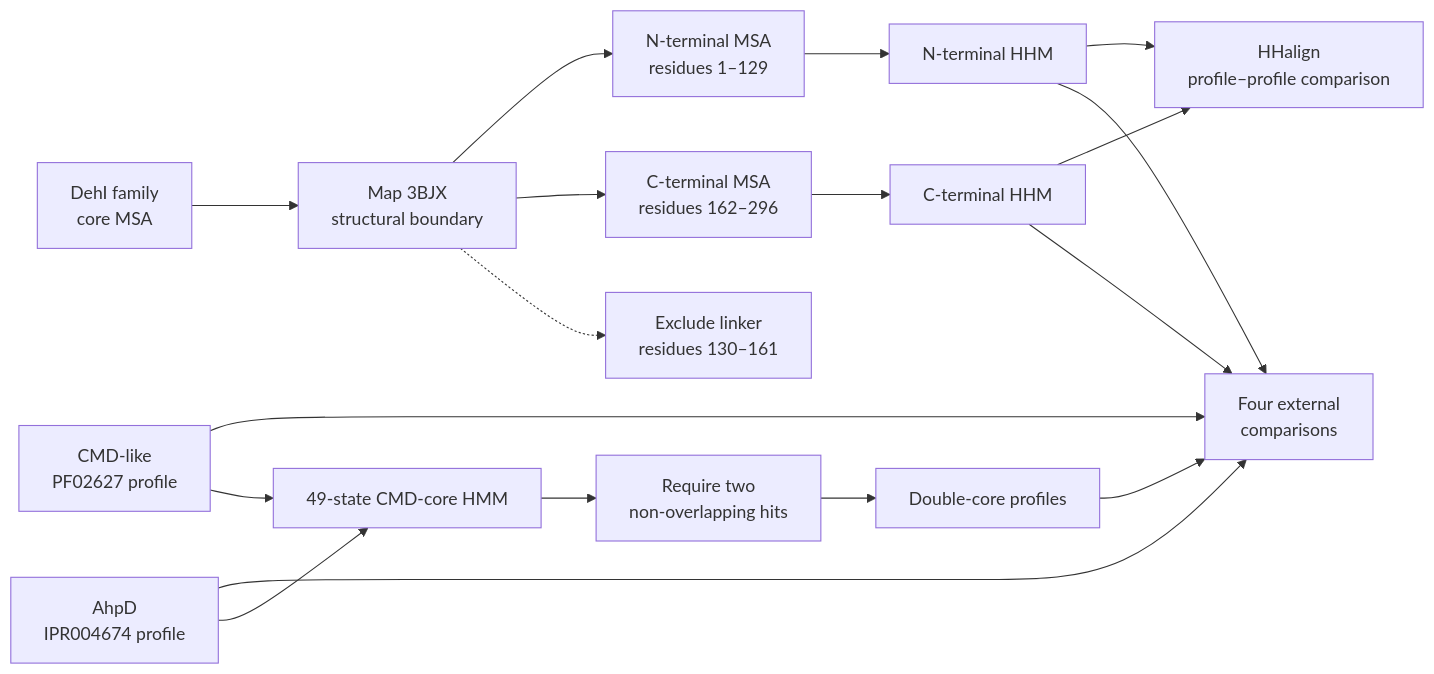
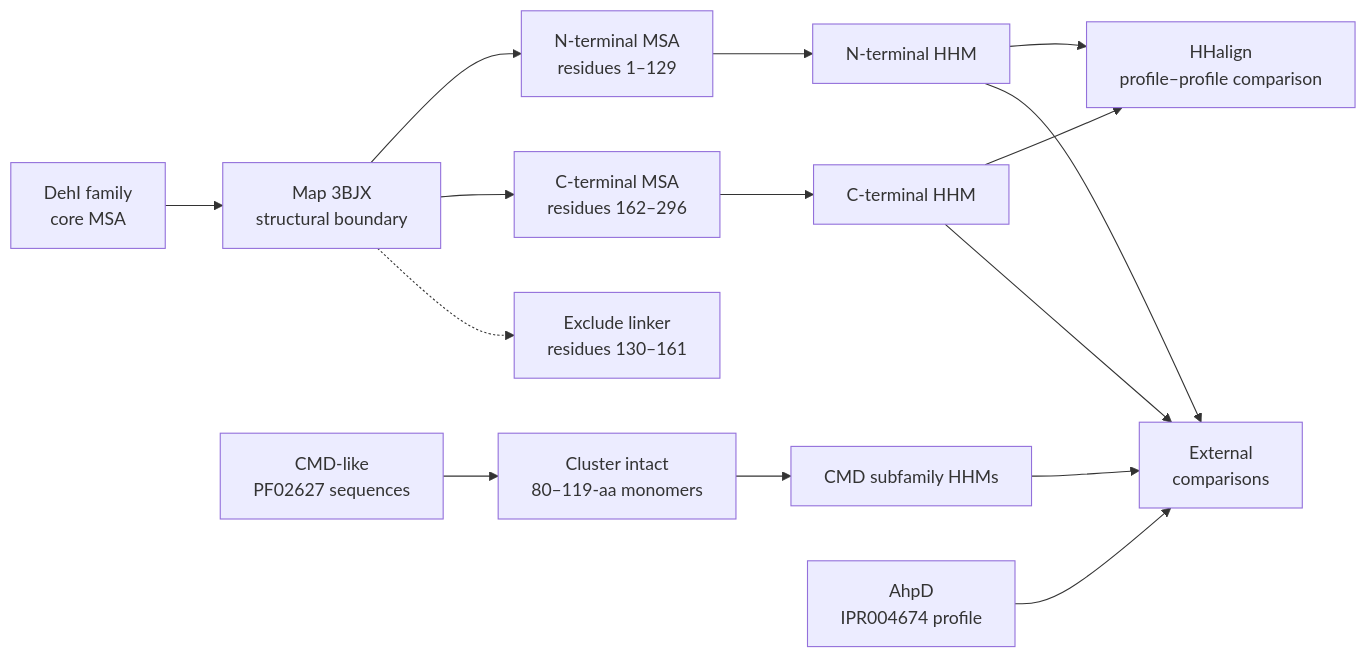
Before and after one commit to jwschmidberger/small_projects: the diagram in projects/dehi/report.qmd, drawn with Mermaid. The commit also changed other lines of this file and 2 other files, not shown here.

````diff
--- a/projects/dehi/report.qmd
+++ b/projects/dehi/report.qmd
@@ -152,20 +128,17 @@
 ```{mermaid}
 flowchart LR
     A[DehI family<br>core MSA] --> B[Map 3BJX<br>structural boundary]
     B --> C[N-terminal MSA<br>residues 1–129]
     B --> D[C-terminal MSA<br>residues 162–296]
     B -.-> E[Exclude linker<br>residues 130–161]
     C --> F[N-terminal HHM]
     D --> G[C-terminal HHM]
     F --> H[HHalign<br>profile–profile comparison]
     G --> H
-    I[CMD-like<br>PF02627 profile] --> J[Four external<br>comparisons]
+    I[CMD-like<br>PF02627 sequences] --> L[Cluster intact<br>80–119-aa monomers]
+    L --> M[CMD subfamily HHMs]
+    M --> J[External<br>comparisons]
     K[AhpD<br>IPR004674 profile] --> J
     F --> J
     G --> J
-    I --> L[49-state CMD-core HMM]
-    K --> L
-    L --> M[Require two<br>non-overlapping hits]
-    M --> N[Double-core profiles]
-    N --> J
 ```
````
